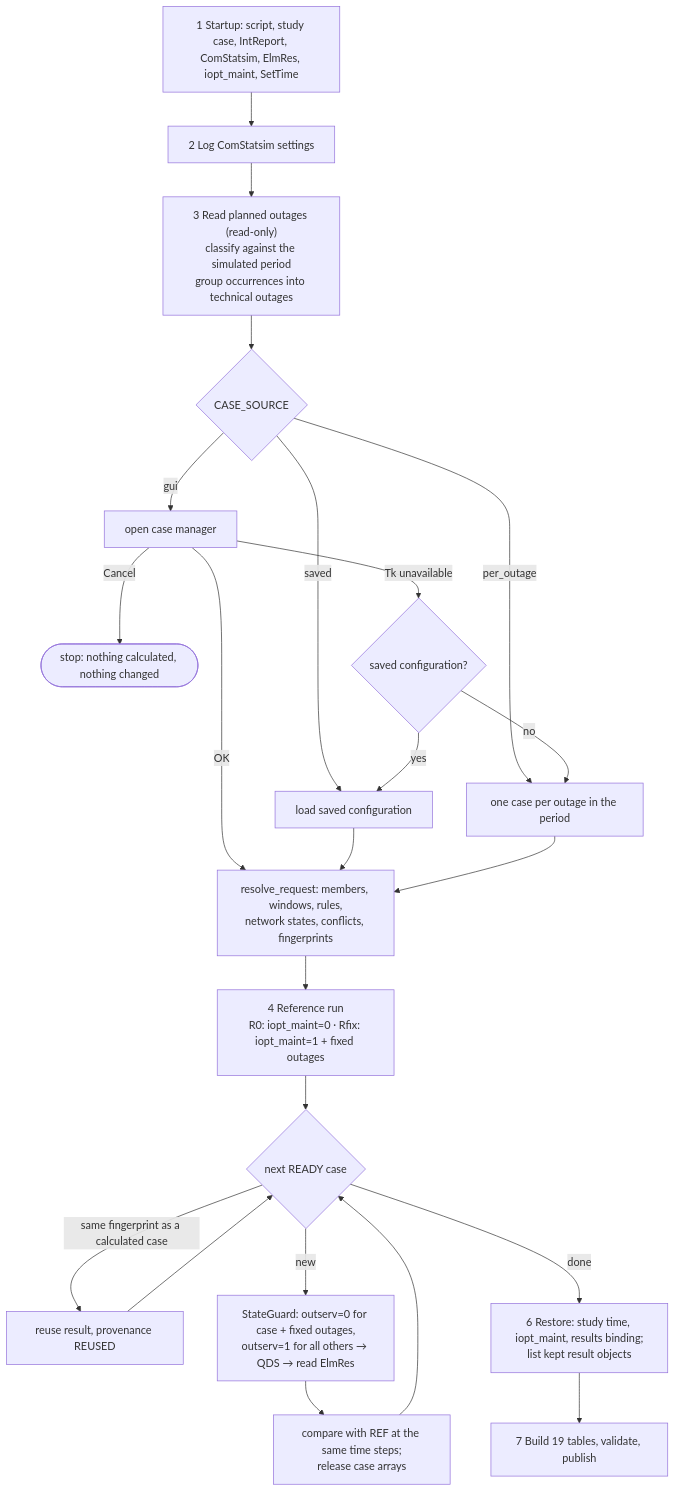
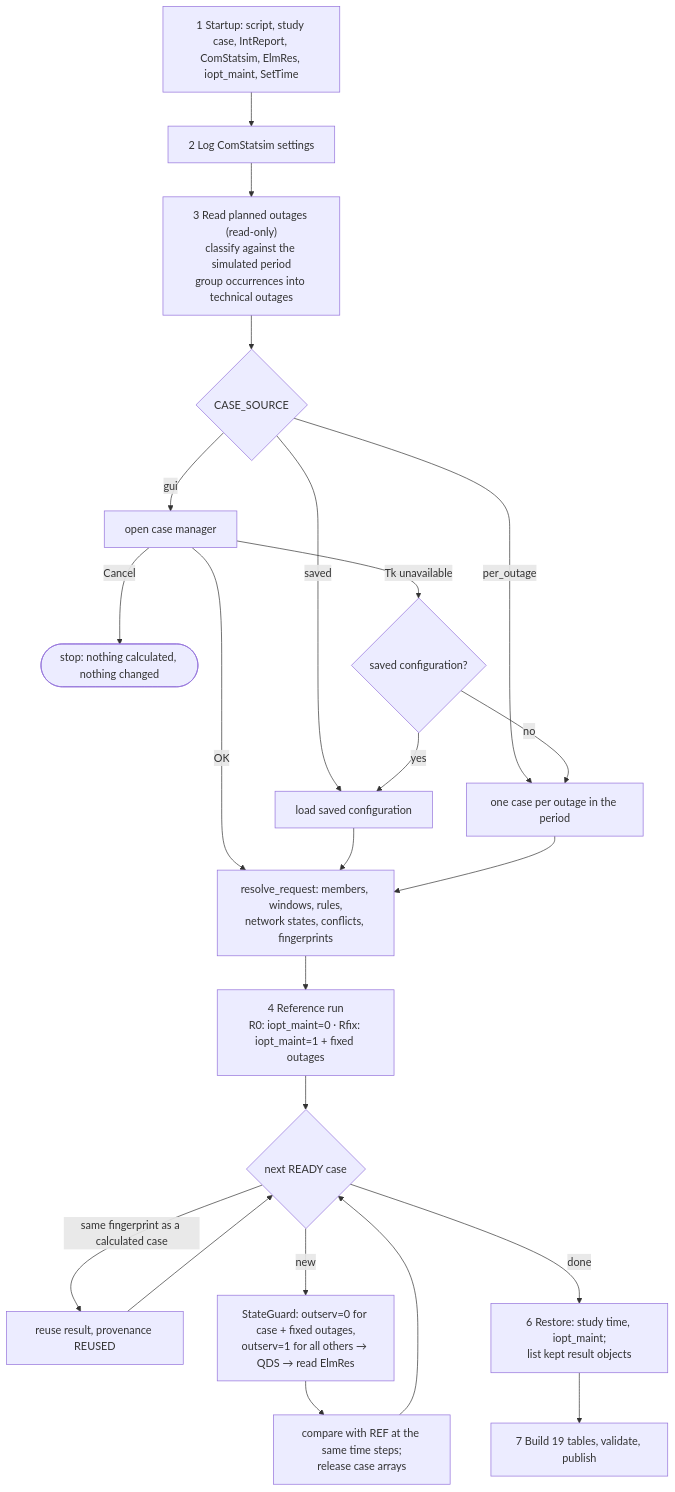
One commit to hadiibrahim-Engin/GridLensAssessment changed the second of 8 diagrams in docs/ARCHITECTURE.md. Above: the diagram before and after it, drawn with Mermaid. The commit also changed other lines of this file and 11 other files, not shown here.

````diff
--- a/docs/ARCHITECTURE.md
+++ b/docs/ARCHITECTURE.md
@@ -149,25 +149,25 @@
 ```mermaid
 flowchart TD
     S1["1 Startup: script, study case, IntReport, ComStatsim, ElmRes, iopt_maint, SetTime"] --> S2["2 Log ComStatsim settings"]
     S2 --> S3["3 Read planned outages (read-only)<br/>classify against the simulated period<br/>group occurrences into technical outages"]
     S3 --> SRC{"CASE_SOURCE"}
     SRC -- per_outage --> PO["one case per outage in the period"]
     SRC -- saved --> SV["load saved configuration"]
     SRC -- gui --> G["open case manager"]
     G -- Cancel --> X(["stop: nothing calculated, nothing changed"])
     G -- "Tk unavailable" --> FB{"saved configuration?"}
     FB -- yes --> SV
     FB -- no --> PO
     G -- OK --> RQ
     SV --> RQ
     PO --> RQ["resolve_request: members, windows, rules,<br/>network states, conflicts, fingerprints"]
     RQ --> S4["4 Reference run<br/>R0: iopt_maint=0 · Rfix: iopt_maint=1 + fixed outages"]
     S4 --> LOOP{"next READY case"}
     LOOP -- "same fingerprint as a calculated case" --> REUSE["reuse result, provenance REUSED"]
     LOOP -- new --> RUN["StateGuard: outserv=0 for case + fixed outages,<br/>outserv=1 for all others → QDS → read ElmRes"]
     RUN --> CMP["compare with REF at the same time steps;<br/>release case arrays"]
     CMP --> LOOP
     REUSE --> LOOP
-    LOOP -- done --> S6["6 Restore: study time, iopt_maint, results binding;<br/>list kept result objects"]
+    LOOP -- done --> S6["6 Restore: study time, iopt_maint;<br/>list kept result objects"]
     S6 --> S7["7 Build 19 tables, validate, publish"]
 ```
````
